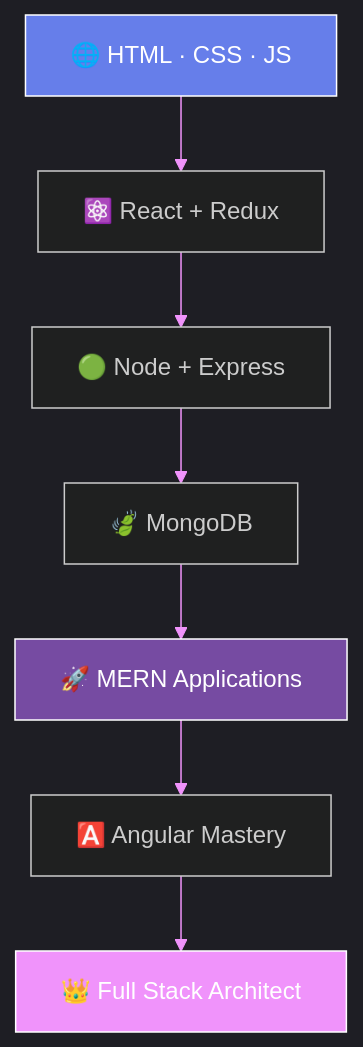
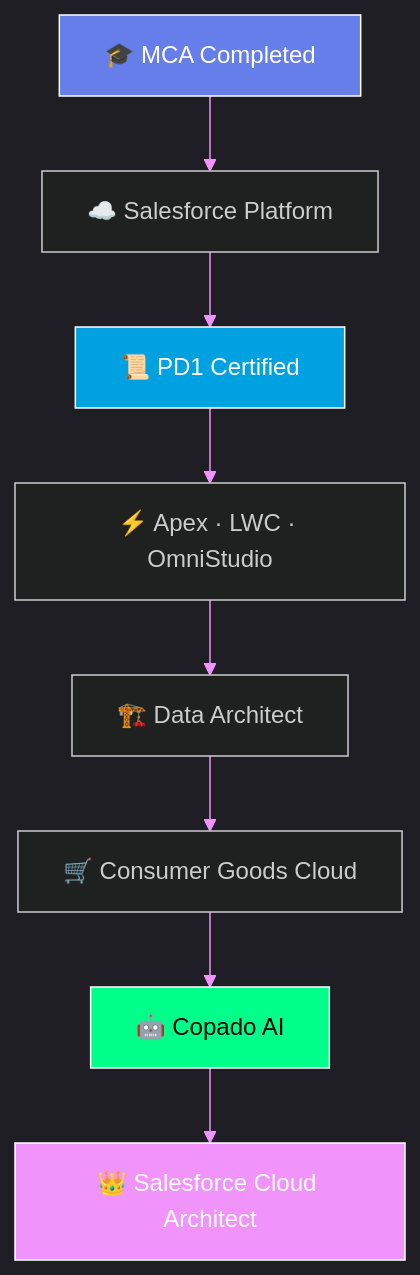
The diagram in README.md (aliashfak178/aliashfak178), drawn with Mermaid before and after one commit. The commit also changed other lines of this file, not shown here.

````diff
--- a/README.md
+++ b/README.md
@@ -194,14 +225,16 @@
 ```mermaid
 %%{init: {'theme':'dark', 'themeVariables': { 'primaryColor':'#667eea','primaryTextColor':'#fff','primaryBorderColor':'#764ba2','lineColor':'#f093fb','secondaryColor':'#161b22','tertiaryColor':'#0d1117'}}}%%
 graph TB
-    A["🌐 HTML · CSS · JS"] --> B["⚛️ React + Redux"]
-    B --> C["🟢 Node + Express"]
-    C --> D["🍃 MongoDB"]
-    D --> E["🚀 MERN Applications"]
-    E --> F["🅰️ Angular Mastery"]
-    F --> G["👑 Full Stack Architect"]
+    A["🎓 MCA Completed"] --> B["☁️ Salesforce Platform"]
+    B --> C["📜 PD1 Certified"]
+    C --> D["⚡ Apex · LWC · OmniStudio"]
+    D --> E["🏗️ Data Architect"]
+    E --> F["🛒 Consumer Goods Cloud"]
+    F --> G["🤖 Copado AI"]
+    G --> H["👑 Salesforce Cloud Architect"]
 
     style A fill:#667eea,stroke:#fff,color:#fff
-    style G fill:#f093fb,stroke:#fff,color:#fff
-    style E fill:#764ba2,stroke:#fff,color:#fff
+    style C fill:#00A1E0,stroke:#fff,color:#fff
+    style H fill:#f093fb,stroke:#fff,color:#fff
+    style G fill:#00ff88,stroke:#fff,color:#000
 ```
````
